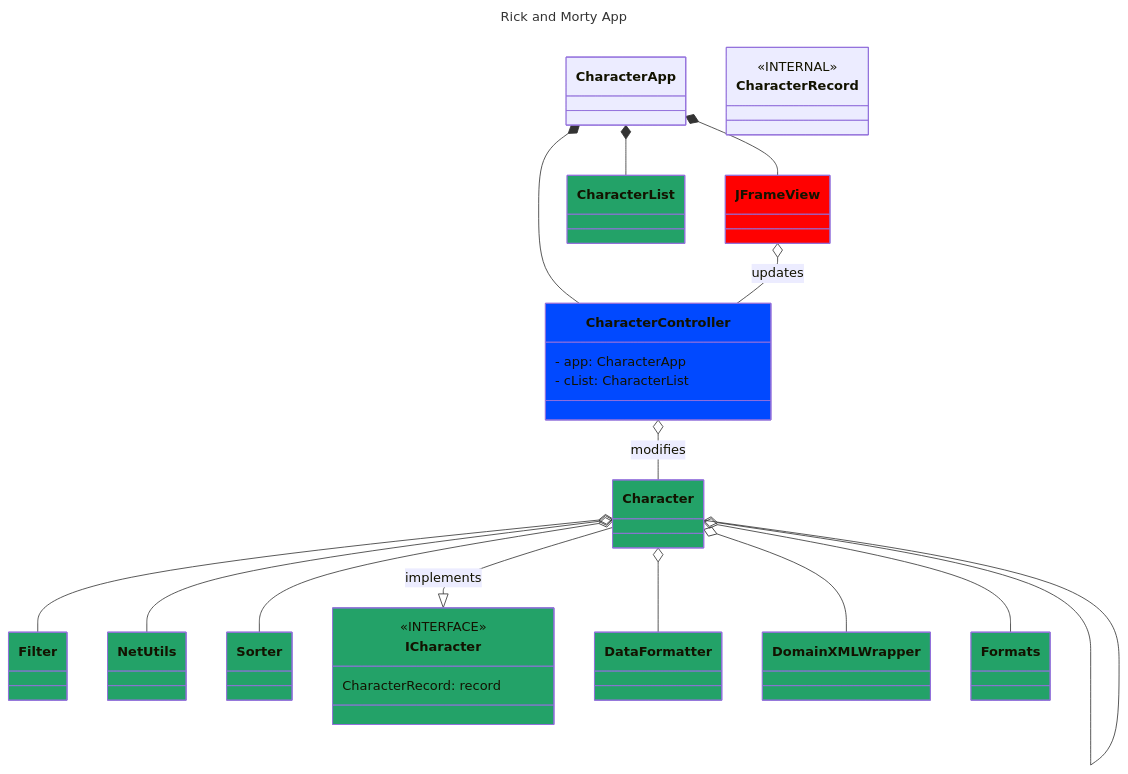
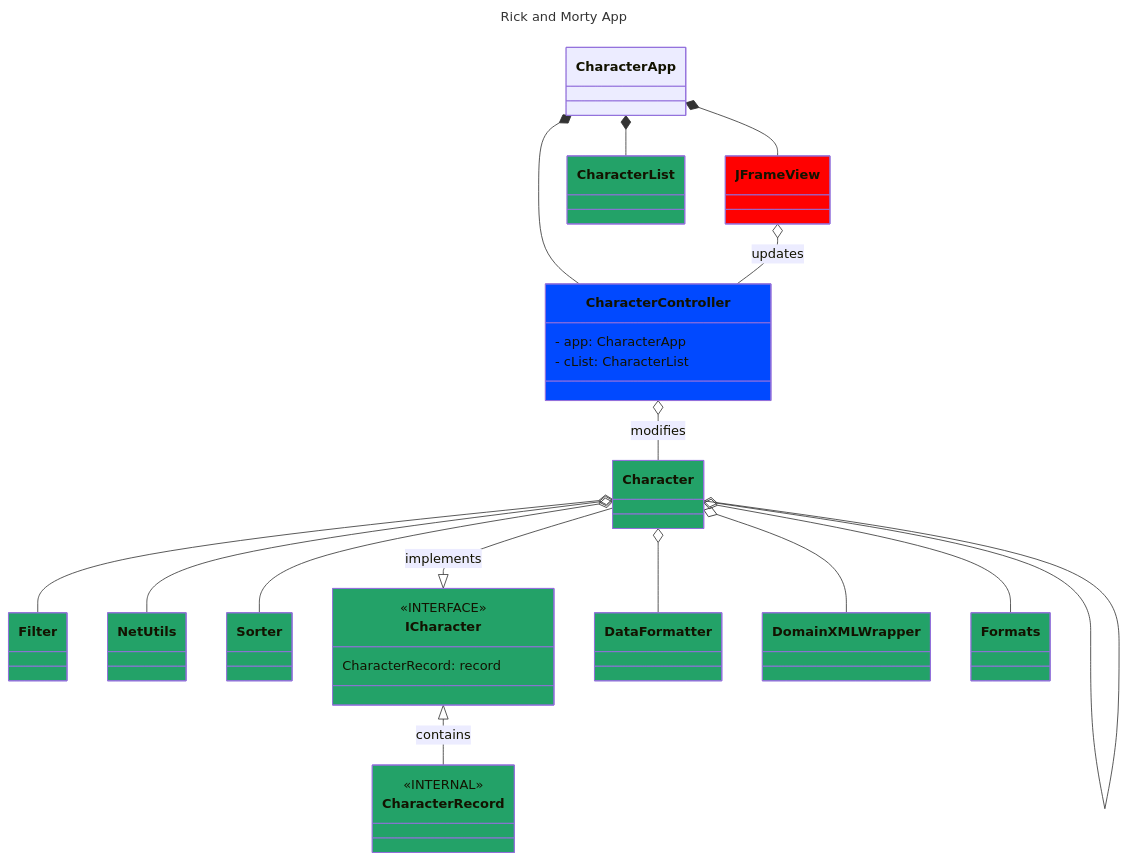
One commit to Su24-CS5004-Online-Lionelle/final-project-group-10 changed the diagram in DesignDocuments/InitialUML.md. Above: the diagram before and after it, drawn with Mermaid.

````diff
--- a/DesignDocuments/InitialUML.md
+++ b/DesignDocuments/InitialUML.md
@@ -1,72 +1,73 @@
 ```mermaid
 ---
 title: Rick and Morty App
 ---
 classDiagram
     direction TB
     class CharacterApp{
  }
     class JFrameView{
         
  }
     class Filter{
         
     }
     class NetUtils{
         
     }
     class Sorter{
         
     }
     class Character{
         
     }
     Character --|> ICharacter: implements
     class ICharacter{
         <<INTERFACE>>
         CharacterRecord: record
     }
     class DataFormatter{
         
     }
     class DomainXMLWrapper{
         
     }
     class Formats{
         
     }
     class CharacterController{
          - app: CharacterApp
          - cList: CharacterList
     }
     class CharacterRecord{
         <<INTERNAL>>
     }
     CharacterApp *-- JFrameView
     CharacterApp *-- CharacterController
     CharacterApp *-- CharacterList
     JFrameView o-- CharacterController: updates
     CharacterController o-- Character: modifies
     Character o-- Character
     Character o-- Filter
     Character o-- DataFormatter
     Character o-- DomainXMLWrapper
     Character o-- NetUtils
     Character o-- Sorter
     Character o-- Formats
-    
+    ICharacter <|-- CharacterRecord: contains
 
     style DataFormatter fill:#23A268
+    style CharacterRecord fill:#23A268
     style CharacterList fill:#23A268
     style DomainXMLWrapper fill:#23A268
     style Formats fill:#23A268
     style NetUtils fill:#23A268
     style Sorter fill:#23A268
     style Character fill:#23A268
     style Filter fill:#23A268
     style ICharacter fill:#23A268
     style JFrameView fill: #FF0101
     style CharacterController fill:#0149FF
 
 
 ```
````
